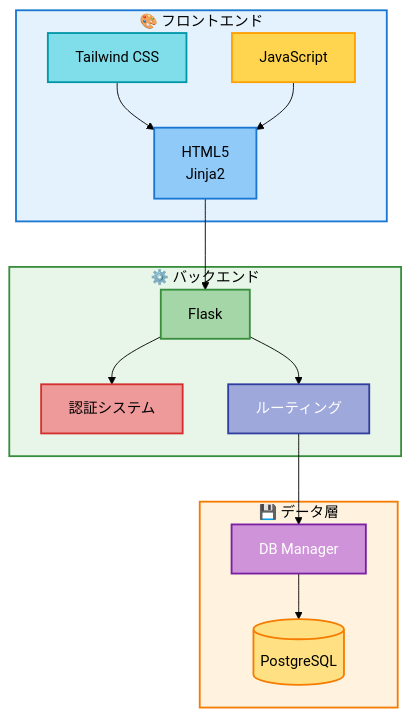
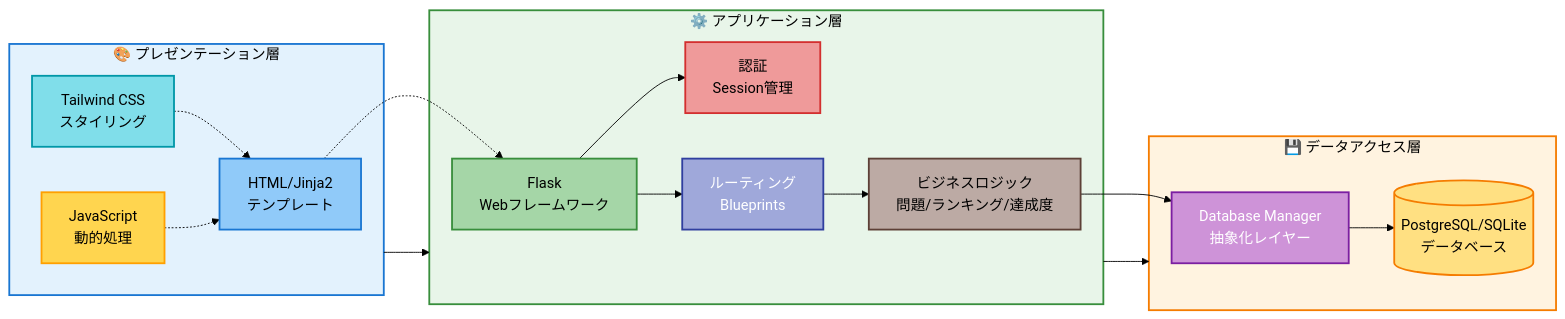
One commit to d01ki/FE-master changed the third of 4 diagrams in docs/diagrams.md. Above: the diagram before and after it, drawn with Mermaid (forest theme). The commit also changed other lines of this file, not shown here.

Commit message:
docs: Simplify diagrams and make them horizontal layout

````diff
--- a/docs/diagrams.md
+++ b/docs/diagrams.md
@@ -114,39 +116,46 @@
 ```mermaid
-flowchart TB
-    subgraph Frontend["🎨 フロントエンド"]
-        HTML["HTML5<br/>Jinja2"]
-        CSS["Tailwind CSS"]
-        JS["JavaScript"]
+flowchart LR
+    subgraph Frontend["🎨 プレゼンテーション層"]
+        HTML["HTML/Jinja2<br/>テンプレート"]
+        CSS["Tailwind CSS<br/>スタイリング"]
+        JS["JavaScript<br/>動的処理"]
     end
     
-    subgraph Backend["⚙️ バックエンド"]
-        Flask["Flask"]
-        Auth["認証システム"]
-        Routes["ルーティング"]
+    subgraph Backend["⚙️ アプリケーション層"]
+        Flask["Flask<br/>Webフレームワーク"]
+        Auth["認証<br/>Session管理"]
+        Routes["ルーティング<br/>Blueprints"]
+        Business["ビジネスロジック<br/>問題/ランキング/達成度"]
     end
     
-    subgraph Data["💾 データ層"]
-        DBMgr["DB Manager"]
-        PG[("PostgreSQL")]
+    subgraph Data["💾 データアクセス層"]
+        DBMgr["Database Manager<br/>抽象化レイヤー"]
+        DB[("PostgreSQL/SQLite<br/>データベース")]
     end
     
-    HTML --> Flask
-    CSS --> HTML
-    JS --> HTML
+    Frontend --> Backend
+    Backend --> Data
+    
+    HTML -.-> Flask
+    CSS -.-> HTML
+    JS -.-> HTML
+    
     Flask --> Auth
     Flask --> Routes
-    Routes --> DBMgr
-    DBMgr --> PG
+    Routes --> Business
+    Business --> DBMgr
+    DBMgr --> DB
     
     style HTML fill:#90CAF9,stroke:#1976D2,stroke-width:2px,color:#000
     style CSS fill:#80DEEA,stroke:#0097A7,stroke-width:2px,color:#000
     style JS fill:#FFD54F,stroke:#FFA000,stroke-width:2px,color:#000
     style Flask fill:#A5D6A7,stroke:#388E3C,stroke-width:2px,color:#000
     style Auth fill:#EF9A9A,stroke:#D32F2F,stroke-width:2px,color:#000
     style Routes fill:#9FA8DA,stroke:#303F9F,stroke-width:2px,color:#fff
+    style Business fill:#BCAAA4,stroke:#5D4037,stroke-width:2px,color:#000
     style DBMgr fill:#CE93D8,stroke:#7B1FA2,stroke-width:2px,color:#fff
-    style PG fill:#FFE082,stroke:#F57C00,stroke-width:2px,color:#000
+    style DB fill:#FFE082,stroke:#F57C00,stroke-width:2px,color:#000
     style Frontend fill:#E3F2FD,stroke:#1976D2,stroke-width:2px,color:#000
     style Backend fill:#E8F5E9,stroke:#388E3C,stroke-width:2px,color:#000
     style Data fill:#FFF3E0,stroke:#F57C00,stroke-width:2px,color:#000
 ```
````
